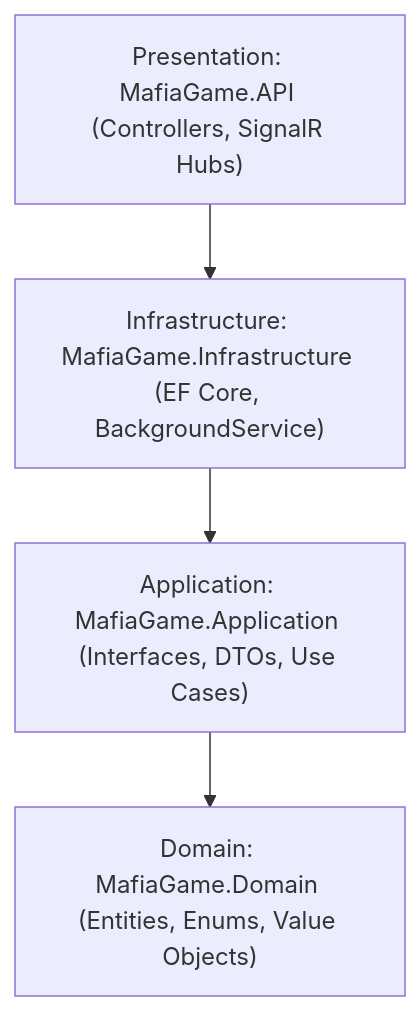
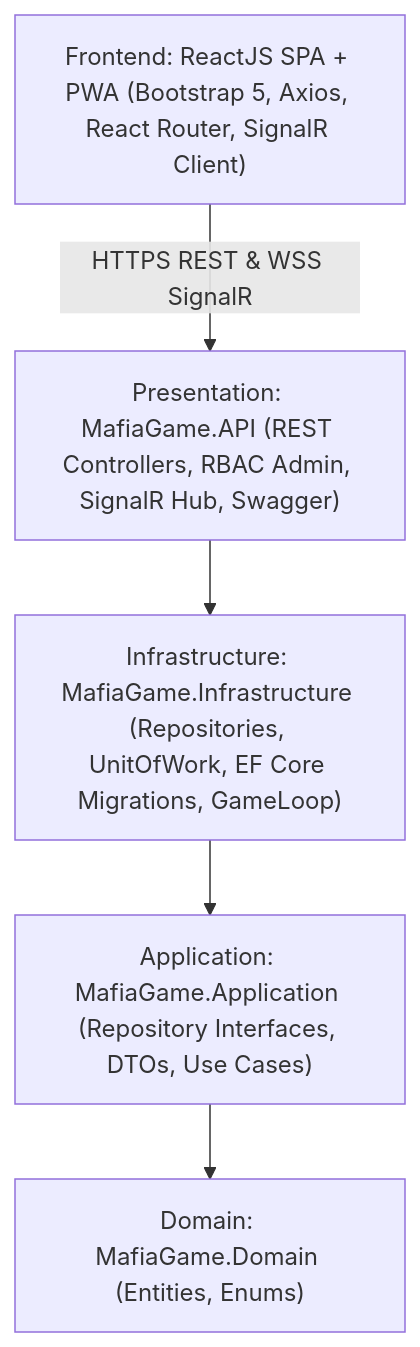
Before and after one commit to Hasitha727/MafiaGameBackend1: the diagram in README.md, drawn with Mermaid. The commit also changed other lines of this file and 914 other files, not shown here.

Commit message:
Upgrade to Full-Stack ReactJS Mobile PWA + ASP.NET Core 10 Repository Pattern, RBAC, and EF Core SQL Server Migrations

````diff
--- a/README.md
+++ b/README.md
@@ -17,11 +26,13 @@
 ```mermaid
 graph TD
-    API["Presentation: MafiaGame.API (Controllers, SignalR Hubs)"]
-    INFRA["Infrastructure: MafiaGame.Infrastructure (EF Core, BackgroundService)"]
-    APP["Application: MafiaGame.Application (Interfaces, DTOs, Use Cases)"]
-    DOM["Domain: MafiaGame.Domain (Entities, Enums, Value Objects)"]
+    SPA["Frontend: ReactJS SPA + PWA (Bootstrap 5, Axios, React Router, SignalR Client)"]
+    API["Presentation: MafiaGame.API (REST Controllers, RBAC Admin, SignalR Hub, Swagger)"]
+    INFRA["Infrastructure: MafiaGame.Infrastructure (Repositories, UnitOfWork, EF Core Migrations, GameLoop)"]
+    APP["Application: MafiaGame.Application (Repository Interfaces, DTOs, Use Cases)"]
+    DOM["Domain: MafiaGame.Domain (Entities, Enums)"]
 
+    SPA -->|HTTPS REST & WSS SignalR| API
     API --> INFRA
     INFRA --> APP
     APP --> DOM
 ```
````
